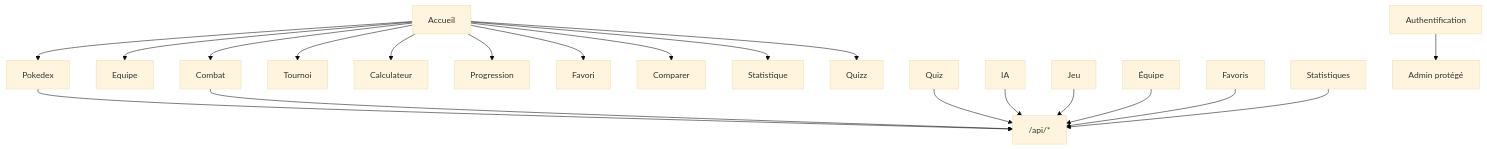
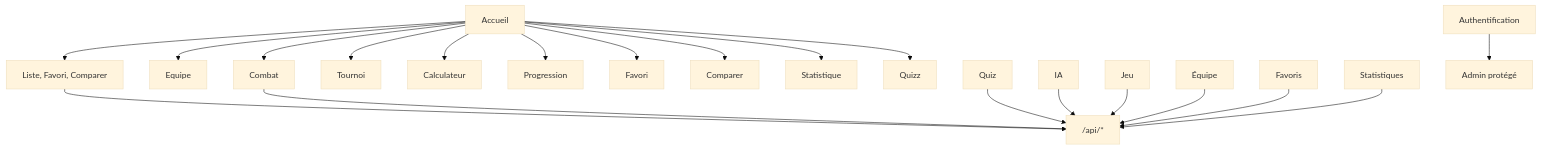
The second of 2 diagrams in README.md (Thibault-megard1/pokedex-ai-v2), drawn with Mermaid (base theme) before and after one commit.

Commit message:
Update Pokedex link description in README

````diff
--- a/README.md
+++ b/README.md
@@ -44,25 +44,25 @@
 ```mermaid
     graph TD
-        Accueil[Accueil] --> Pokedex
+        Accueil[Accueil] --> Pokedex[Liste, Favori, Comparer]
         Accueil --> Equipe
         Accueil --> Combat
         Accueil --> Tournoi
         Accueil --> Calculateur
         Accueil --> Progression
         Accueil --> Favori
         Accueil --> Comparer
         Accueil --> Statistique
         Accueil --> Quizz
     
         Pokedex --> API["/api/*"]
         Combat --> API
         Quiz --> API
         IA --> API
         Jeu --> API
         Équipe --> API
         Favoris --> API
         Statistiques --> API
     
         Auth[Authentification] --> Admin[Admin protégé]
 
 ```
````
